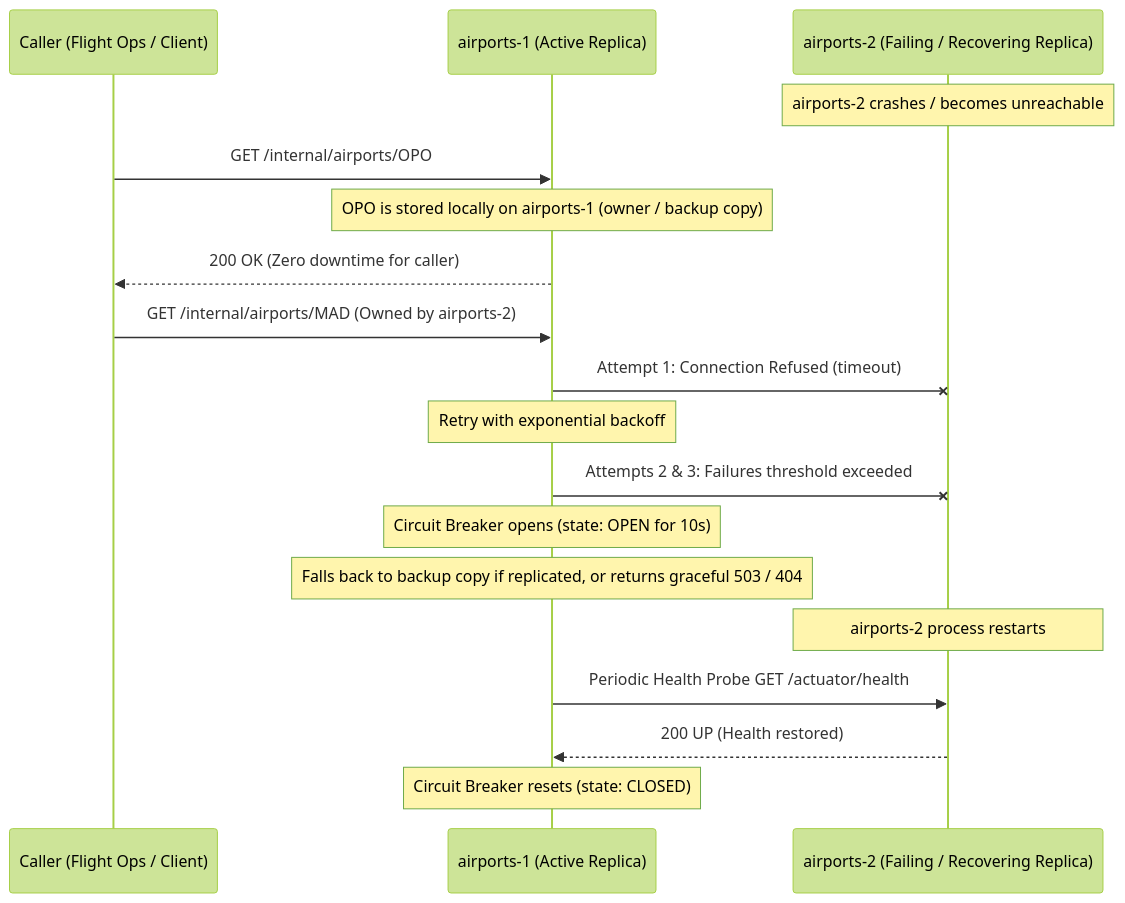
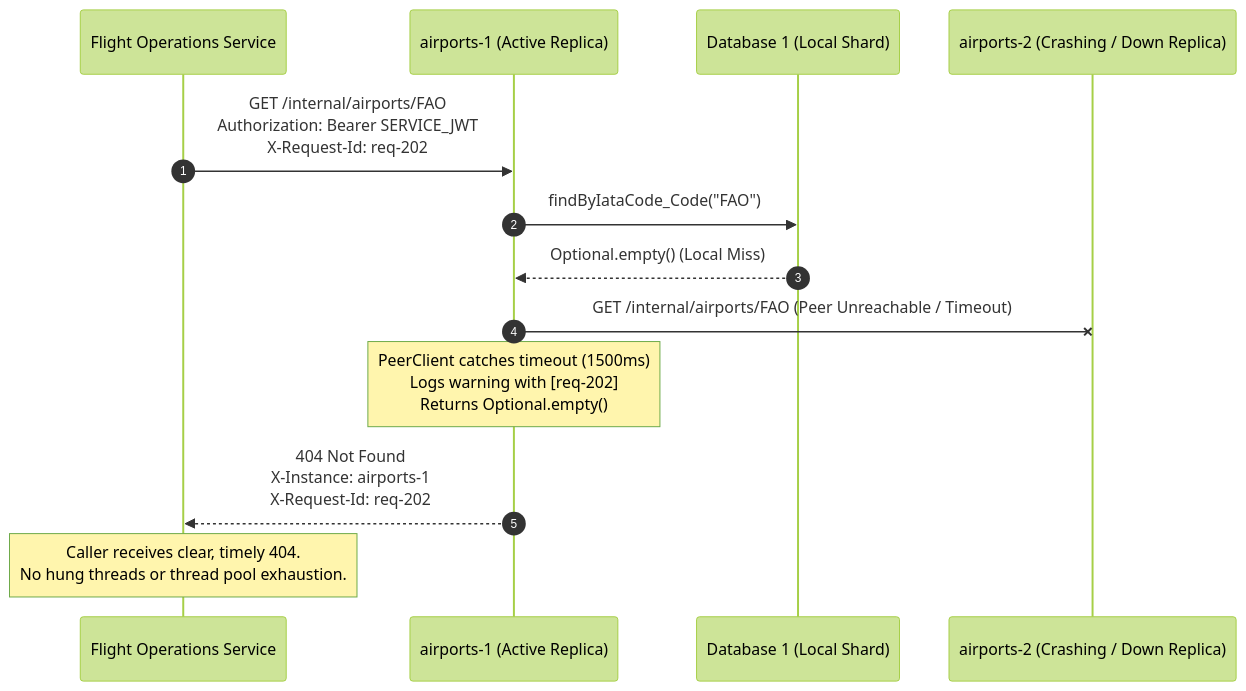
Before and after one commit to ImJay1527/airports-routes-service: the fourth of 5 diagrams in docs/architecture.md, drawn with Mermaid (forest theme). The commit also changed other lines of this file and 7 other files, not shown here.

Commit message:
feat: implement unicast peer forwarding with loop prevention, tracing, and C4+1 architecture documentation

````diff
--- a/docs/architecture.md
+++ b/docs/architecture.md
@@ -156,25 +197,19 @@
 ```mermaid
-%% Sequence Diagram: Fault Tolerance
+%% Sequence Diagram: Fault Tolerance & Peer Unreachability
 sequenceDiagram
-    participant C as Caller (Flight Ops / Client)
+    autonumber
+    participant FO as Flight Operations Service
     participant A1 as airports-1 (Active Replica)
-    participant A2 as airports-2 (Failing / Recovering Replica)
+    participant DB1 as Database 1 (Local Shard)
+    participant A2 as airports-2 (Crashing / Down Replica)
 
-    Note over A2: airports-2 crashes / becomes unreachable
-    C->>A1: GET /internal/airports/OPO
-    Note over A1: OPO is stored locally on airports-1 (owner / backup copy)
-    A1-->>C: 200 OK (Zero downtime for caller)
+    FO->>A1: GET /internal/airports/FAO<br/>Authorization: Bearer SERVICE_JWT<br/>X-Request-Id: req-202
+    A1->>DB1: findByIataCode_Code("FAO")
+    DB1-->>A1: Optional.empty() (Local Miss)
 
-    C->>A1: GET /internal/airports/MAD (Owned by airports-2)
-    A1-xA2: Attempt 1: Connection Refused (timeout)
-    Note over A1: Retry with exponential backoff
-    A1-xA2: Attempts 2 & 3: Failures threshold exceeded
-    Note over A1: Circuit Breaker opens (state: OPEN for 10s)
-    
-    Note over A1: Falls back to backup copy if replicated, or returns graceful 503 / 404
+    A1-xA2: GET /internal/airports/FAO (Peer Unreachable / Timeout)
+    Note over A1: PeerClient catches timeout (1500ms)<br/>Logs warning with [req-202]<br/>Returns Optional.empty()
 
-    Note over A2: airports-2 process restarts
-    A1->>A2: Periodic Health Probe GET /actuator/health
-    A2-->>A1: 200 UP (Health restored)
-    Note over A1: Circuit Breaker resets (state: CLOSED)
+    A1-->>FO: 404 Not Found<br/>X-Instance: airports-1<br/>X-Request-Id: req-202
+    Note over FO: Caller receives clear, timely 404.<br/>No hung threads or thread pool exhaustion.
 ```
````
